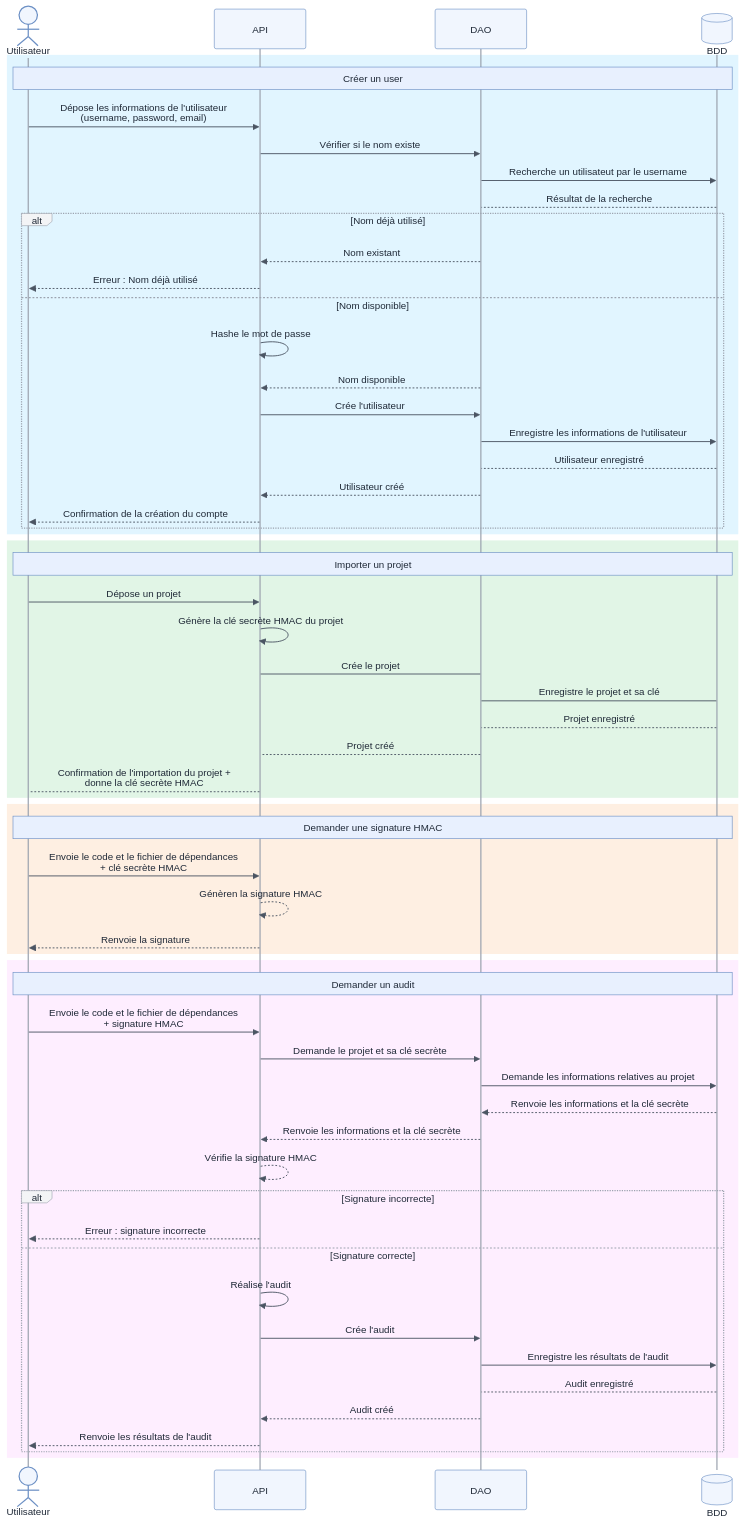
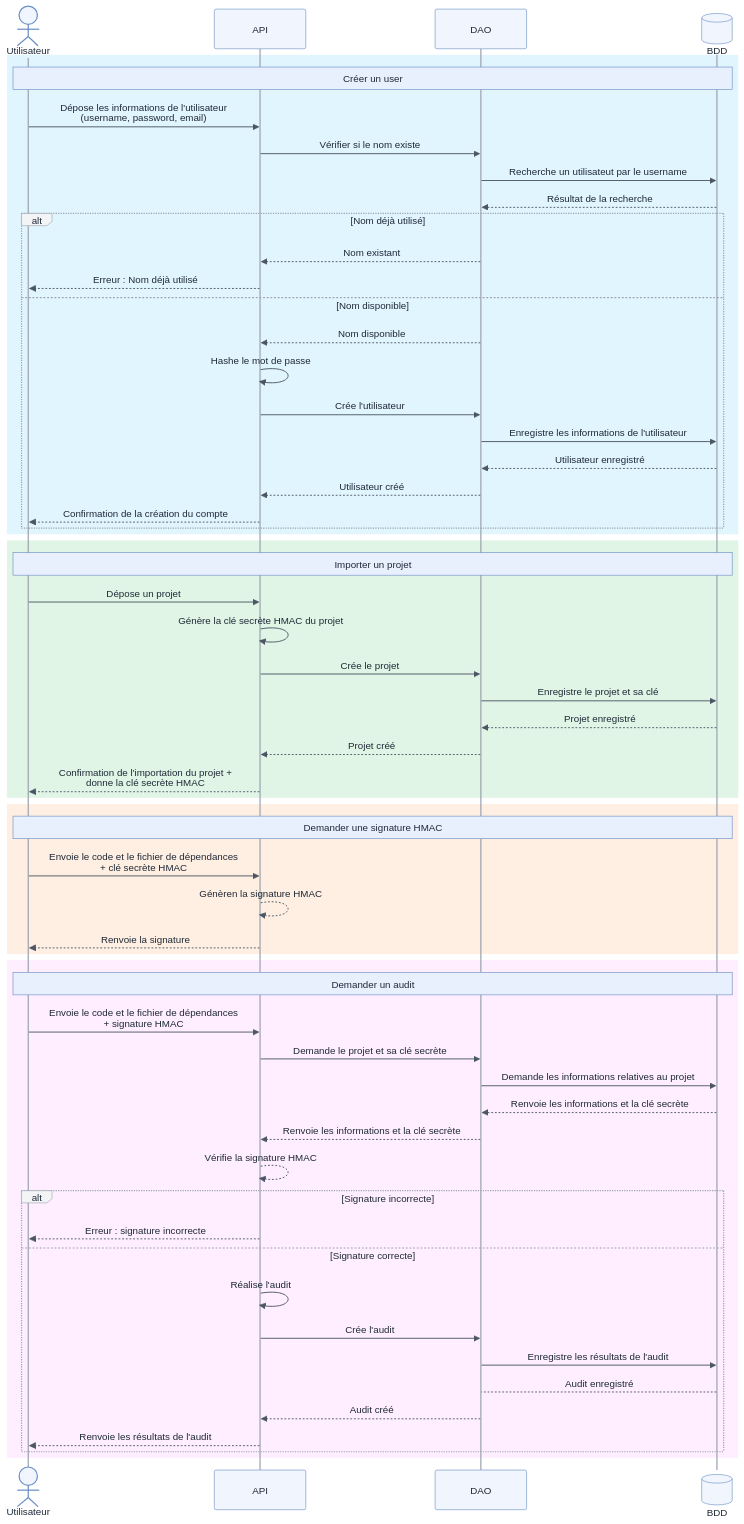
One commit to galahade-ncl/ensai-it-project-2a-team34 changed the diagram in doc/sequence_diagram.md. Above: the diagram before and after it, drawn with Mermaid. The commit also changed 4 other files, not shown here.

```diff
--- a/doc/sequence_diagram.md
+++ b/doc/sequence_diagram.md
@@ -45,17 +45,17 @@
         Utilisateur->>API: Dépose les informations de l'utilisateur<br/>(username, password, email)
         API->>DAO: Vérifier si le nom existe
         DAO->>BDD: Recherche un utilisateut par le username
-        BDD-->DAO: Résultat de la recherche
+        BDD-->>DAO: Résultat de la recherche
 
         alt Nom déjà utilisé
             DAO-->>API: Nom existant
             API-->>Utilisateur: Erreur : Nom déjà utilisé
         else Nom disponible
+            DAO-->>API: Nom disponible
             API->>API: Hashe le mot de passe
-            DAO-->>API: Nom disponible
             API->>DAO: Crée l'utilisateur
             DAO->>BDD: Enregistre les informations de l'utilisateur
-            BDD-->DAO: Utilisateur enregistré
+            BDD-->>DAO: Utilisateur enregistré
             DAO-->>API: Utilisateur créé
             API-->>Utilisateur: Confirmation de la création du compte
         end
@@ -67,11 +67,11 @@
         Utilisateur->>API: Dépose un projet
         API->>API: Génère la clé secrète HMAC du projet
 
-        API->DAO: Crée le projet
-        DAO->BDD: Enregistre le projet et sa clé
-        BDD-->DAO: Projet enregistré
-        DAO-->API: Projet créé
-        API-->Utilisateur: Confirmation de l'importation du projet + <br/>donne la clé secrète HMAC
+        API->>DAO: Crée le projet
+        DAO->>BDD: Enregistre le projet et sa clé
+        BDD-->>DAO: Projet enregistré
+        DAO-->>API: Projet créé
+        API-->>Utilisateur: Confirmation de l'importation du projet + <br/>donne la clé secrète HMAC
 
     end
 
```
